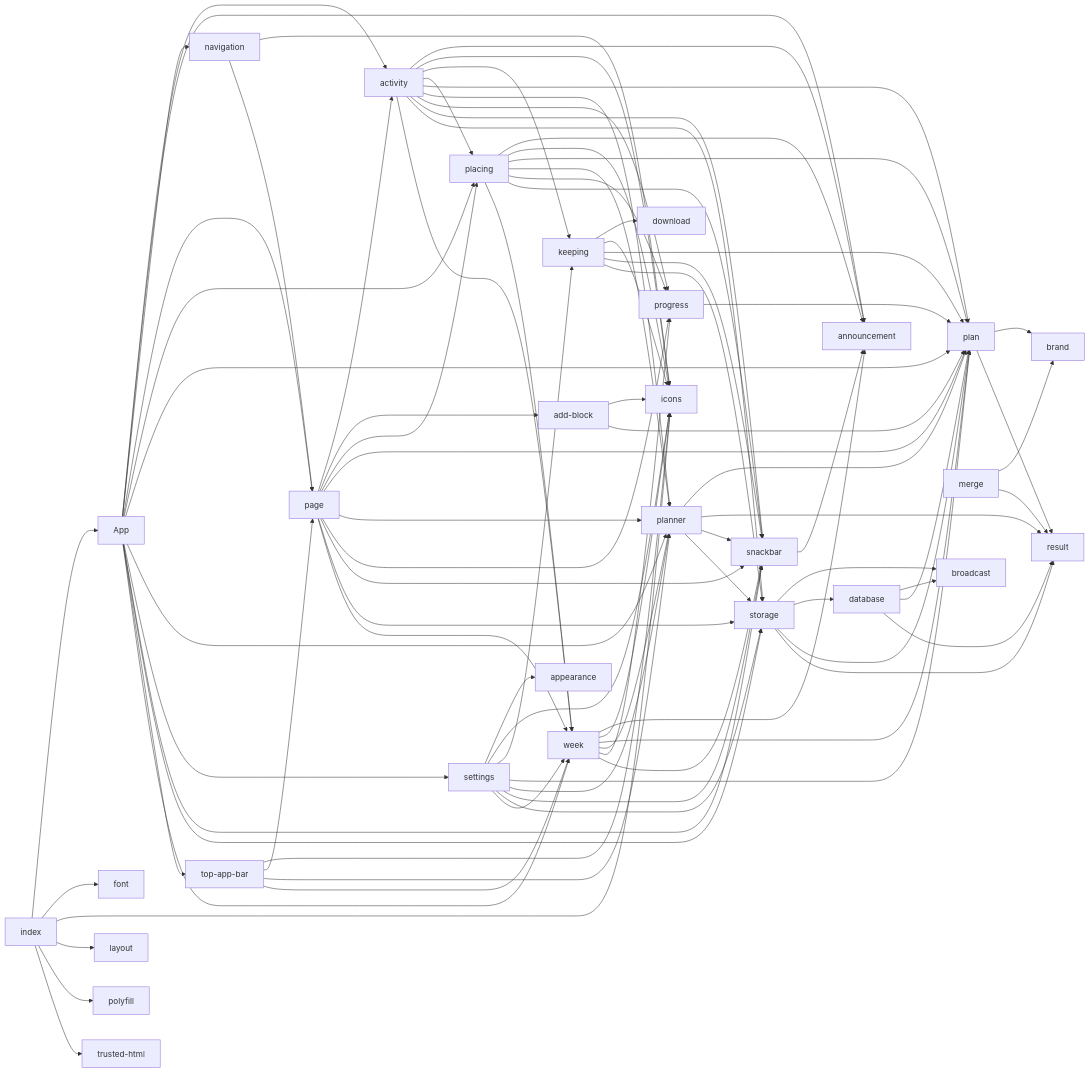
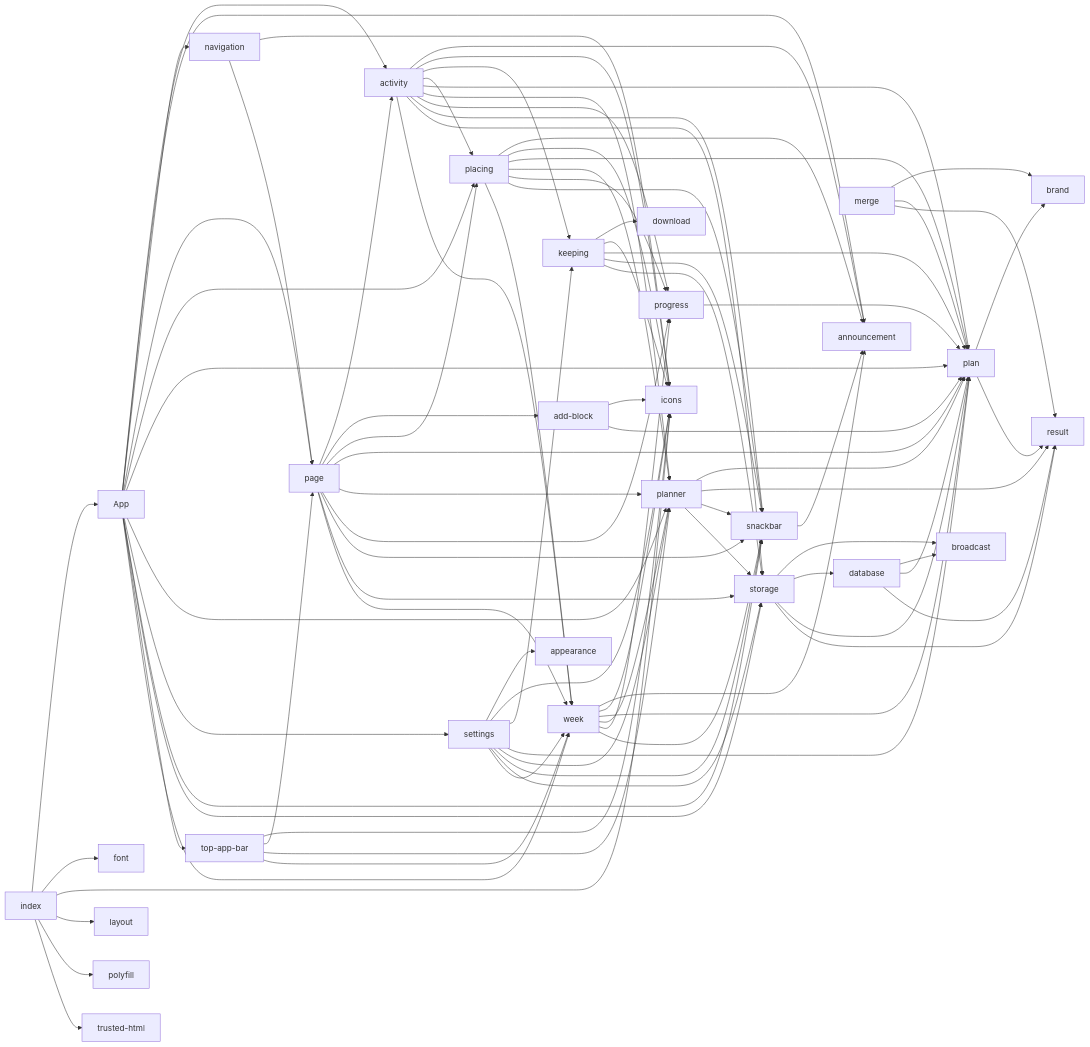
Before and after one commit to SantaClaas/week-budget-planner: the diagram in docs/MODULES.md, drawn with Mermaid. The commit also changed 18 other files, not shown here.

First line of the commit message:
Add the pure merge module: stamps, rows and merging

```diff
--- a/docs/MODULES.md
+++ b/docs/MODULES.md
@@ -76,6 +76,7 @@
   module_keeping --> module_snackbar
   module_keeping --> module_storage
   module_merge --> module_brand
+  module_merge --> module_plan
   module_merge --> module_result
   module_navigation --> module_icons
   module_navigation --> module_page
```
